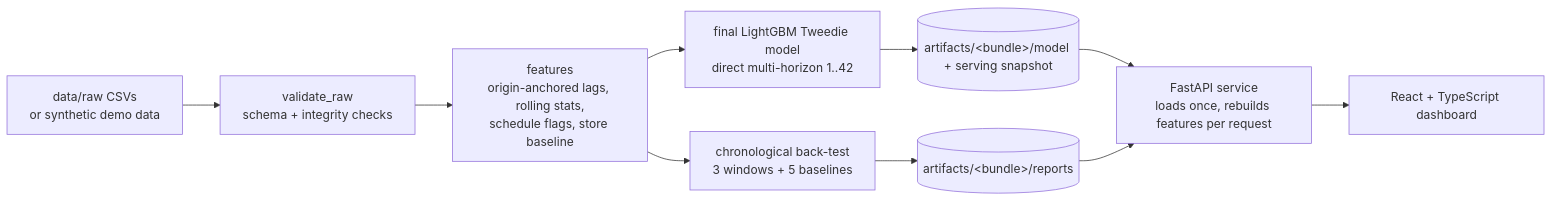
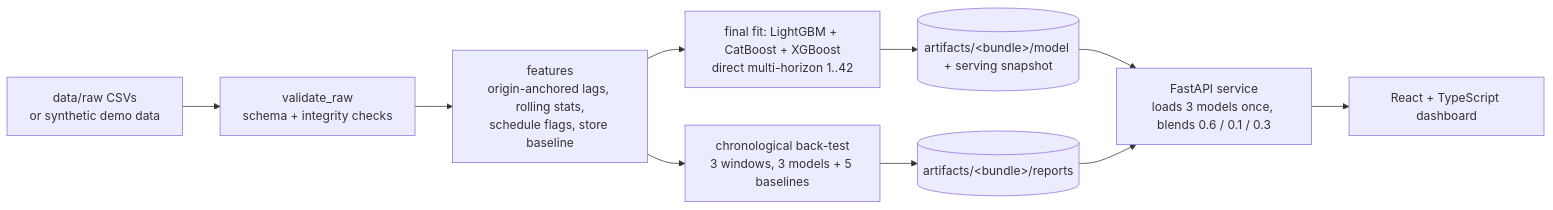
The diagram in README.md (AdityaKishore0698/demand-forecasting-platform), drawn with Mermaid before and after one commit. The commit also changed other lines of this file and 69 other files, not shown here.

Commit message:
Deploy LightGBM CatBoost XGBoost ensemble

````diff
--- a/README.md
+++ b/README.md
@@ -34,12 +36,12 @@
 ```mermaid
 flowchart LR
     A[data/raw CSVs<br/>or synthetic demo data] --> B[validate_raw<br/>schema + integrity checks]
     B --> C[features<br/>origin-anchored lags, rolling stats,<br/>schedule flags, store baseline]
-    C --> D[chronological back-test<br/>3 windows + 5 baselines]
-    C --> E[final LightGBM Tweedie model<br/>direct multi-horizon 1..42]
+    C --> D[chronological back-test<br/>3 windows, 3 models + 5 baselines]
+    C --> E[final fit: LightGBM + CatBoost + XGBoost<br/>direct multi-horizon 1..42]
     D --> F[(artifacts/&lt;bundle&gt;/reports)]
     E --> G[(artifacts/&lt;bundle&gt;/model + serving snapshot)]
-    G --> H[FastAPI service<br/>loads once, rebuilds features per request]
+    G --> H[FastAPI service<br/>loads 3 models once, blends 0.6 / 0.1 / 0.3]
     F --> H
     H --> I[React + TypeScript dashboard]
 ```
````
